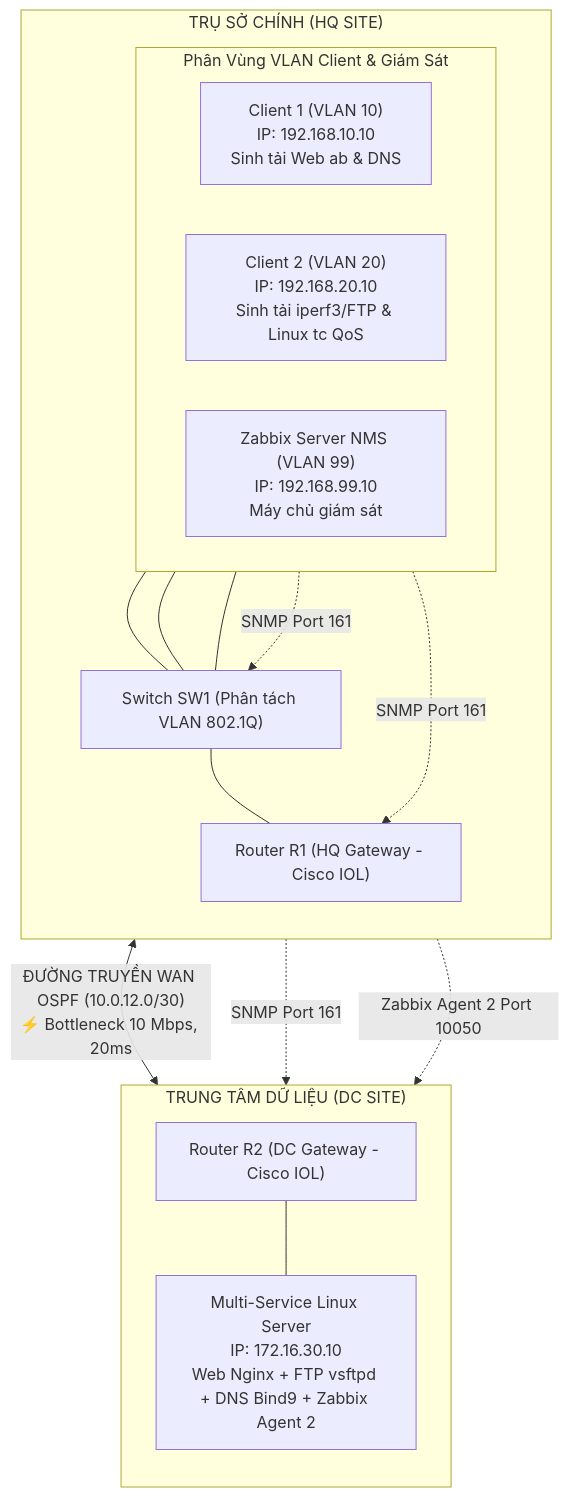
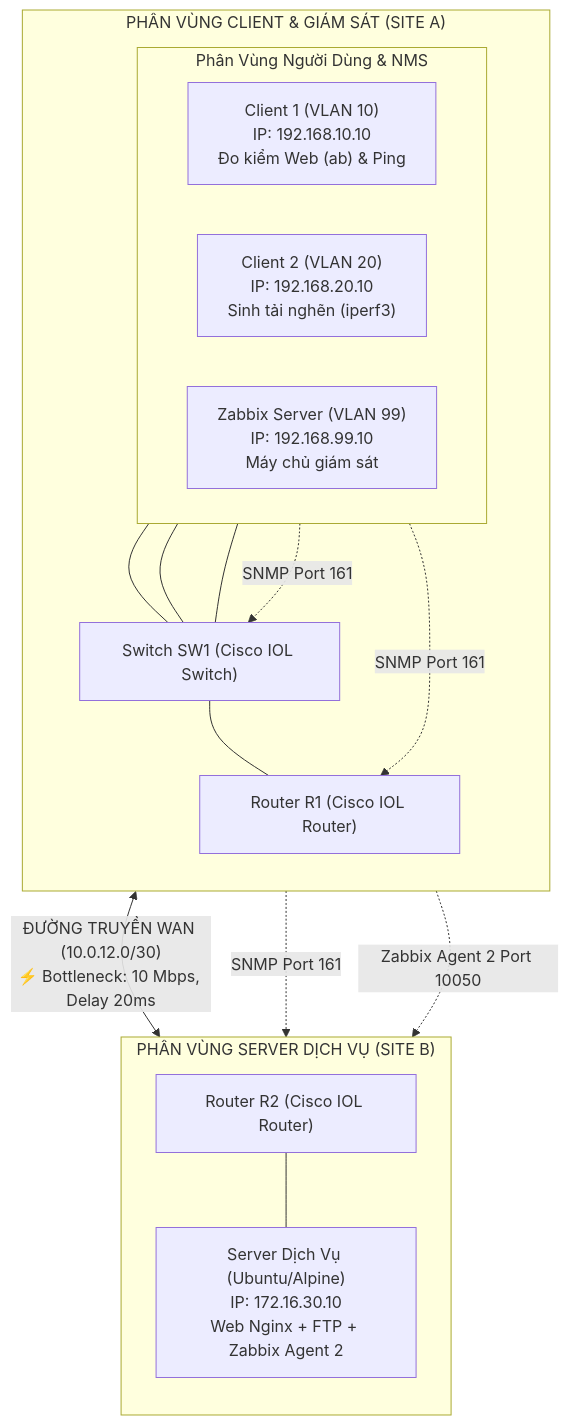
One commit to anhxuan2712/network-performance-evaluation changed the diagram in README.md. Above: the diagram before and after it, drawn with Mermaid. The commit also changed other lines of this file, not shown here.

````diff
--- a/README.md
+++ b/README.md
@@ -89,35 +93,35 @@
 ```mermaid
 flowchart TB
-    subgraph HQ_SITE["TRỤ SỞ CHÍNH (HQ SITE)"]
+    subgraph SITE_A["PHÂN VÙNG CLIENT & GIÁM SÁT (SITE A)"]
         direction TB
-        subgraph HQ_CLIENTS["Phân Vùng VLAN Client & Giám Sát"]
+        subgraph CLIENTS_ZONE["Phân Vùng Người Dùng & NMS"]
             direction LR
-            VLAN10["Client 1 (VLAN 10)<br/>IP: 192.168.10.10<br/>Sinh tải Web ab & DNS"]
-            VLAN20["Client 2 (VLAN 20)<br/>IP: 192.168.20.10<br/>Sinh tải iperf3/FTP & Linux tc QoS"]
-            VLAN99["Zabbix Server NMS (VLAN 99)<br/>IP: 192.168.99.10<br/>Máy chủ giám sát"]
+            VLAN10["Client 1 (VLAN 10)<br/>IP: 192.168.10.10<br/>Đo kiểm Web (ab) & Ping"]
+            VLAN20["Client 2 (VLAN 20)<br/>IP: 192.168.20.10<br/>Sinh tải nghẽn (iperf3)"]
+            VLAN99["Zabbix Server (VLAN 99)<br/>IP: 192.168.99.10<br/>Máy chủ giám sát"]
         end
-        SW1["Switch SW1 (Phân tách VLAN 802.1Q)"]
-        R1["Router R1 (HQ Gateway - Cisco IOL)"]
+        SW1["Switch SW1 (Cisco IOL Switch)"]
+        R1["Router R1 (Cisco IOL Router)"]
 
         VLAN10 --- SW1
         VLAN20 --- SW1
         VLAN99 --- SW1
         SW1 --- R1
     end
 
-    subgraph DC_SITE["TRUNG TÂM DỮ LIỆU (DC SITE)"]
+    subgraph SITE_B["PHÂN VÙNG SERVER DỊCH VỤ (SITE B)"]
         direction TB
-        R2["Router R2 (DC Gateway - Cisco IOL)"]
-        SRV_MAIN["Multi-Service Linux Server<br/>IP: 172.16.30.10<br/>Web Nginx + FTP vsftpd + DNS Bind9 + Zabbix Agent 2"]
-        R2 --- SRV_MAIN
+        R2["Router R2 (Cisco IOL Router)"]
+        SRV["Server Dịch Vụ (Ubuntu/Alpine)<br/>IP: 172.16.30.10<br/>Web Nginx + FTP + Zabbix Agent 2"]
+        R2 --- SRV
     end
 
     %% WAN Bottleneck Link
-    R1 <-->|"ĐƯỜNG TRUYỀN WAN OSPF (10.0.12.0/30)<br/>⚡ Bottleneck 10 Mbps, 20ms"| R2
+    R1 <-->|"ĐƯỜNG TRUYỀN WAN (10.0.12.0/30)<br/>⚡ Bottleneck: 10 Mbps, Delay 20ms"| R2
 
     %% Zabbix Monitoring Polling Flows
     VLAN99 -.->|"SNMP Port 161"| R1
     VLAN99 -.->|"SNMP Port 161"| R2
     VLAN99 -.->|"SNMP Port 161"| SW1
-    VLAN99 -.->|"Zabbix Agent 2 Port 10050"| SRV_MAIN
+    VLAN99 -.->|"Zabbix Agent 2 Port 10050"| SRV
 ```
````
